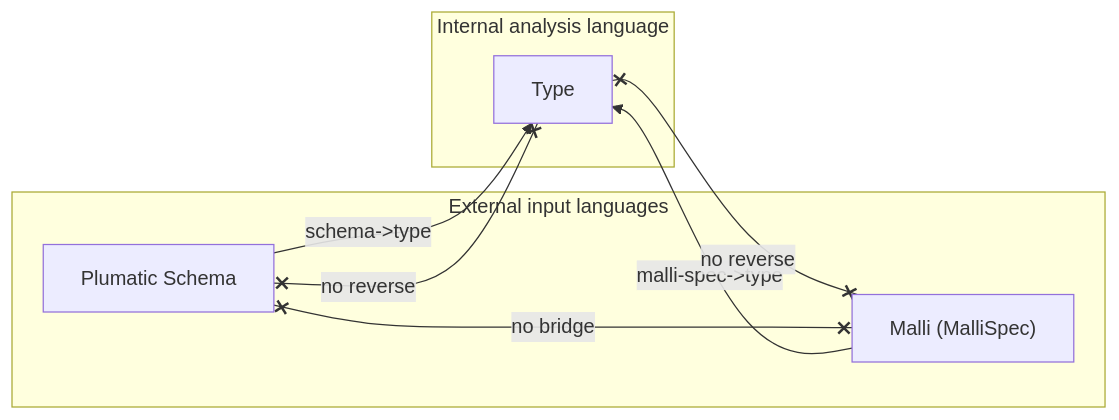
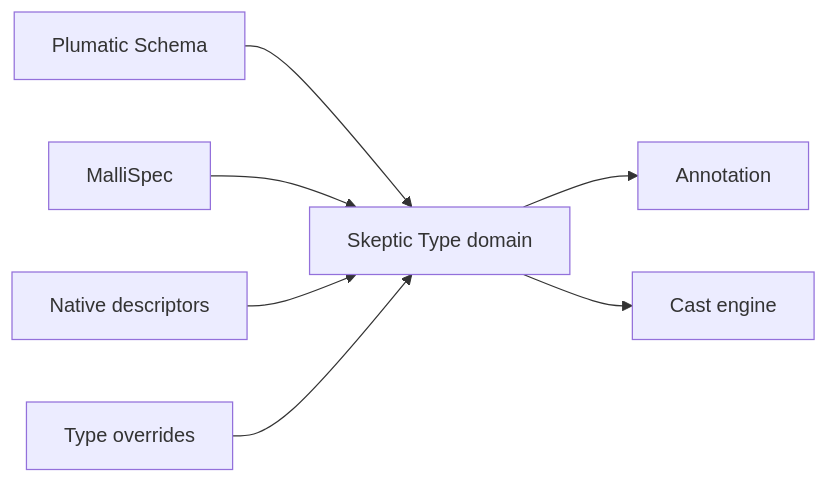
Before and after one commit to nomicflux/skeptic: the diagram in skeptic/docs/walkthrough/02-three-domains.md, drawn with Mermaid. The commit also changed other lines of this file and 12 other files, not shown here.

````diff
--- a/skeptic/docs/walkthrough/02-three-domains.md
+++ b/skeptic/docs/walkthrough/02-three-domains.md
@@ -67,15 +45,9 @@
 ```mermaid
 flowchart LR
-  subgraph external [External input languages]
-    schema["Plumatic Schema"]
-    malli["Malli (MalliSpec)"]
-  end
-  subgraph internal [Internal analysis language]
-    type[Type]
-  end
-  schema -->|schema->type| type
-  malli  -->|malli-spec->type| type
-  type x--x|no reverse| schema
-  type x--x|no reverse| malli
-  schema x--x|no bridge| malli
+  schema[Plumatic Schema] --> type[Skeptic Type domain]
+  malli[MalliSpec] --> type
+  native[Native descriptors] --> type
+  override[Type overrides] --> type
+  type --> annotate[Annotation]
+  type --> cast[Cast engine]
 ```
````
